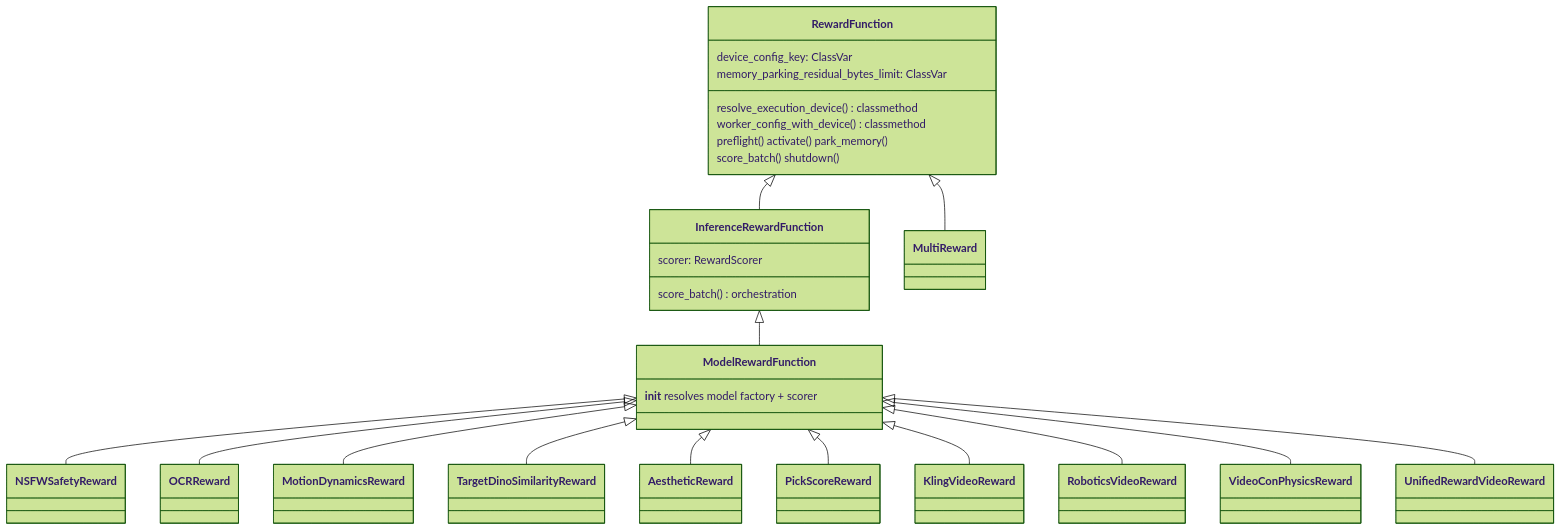
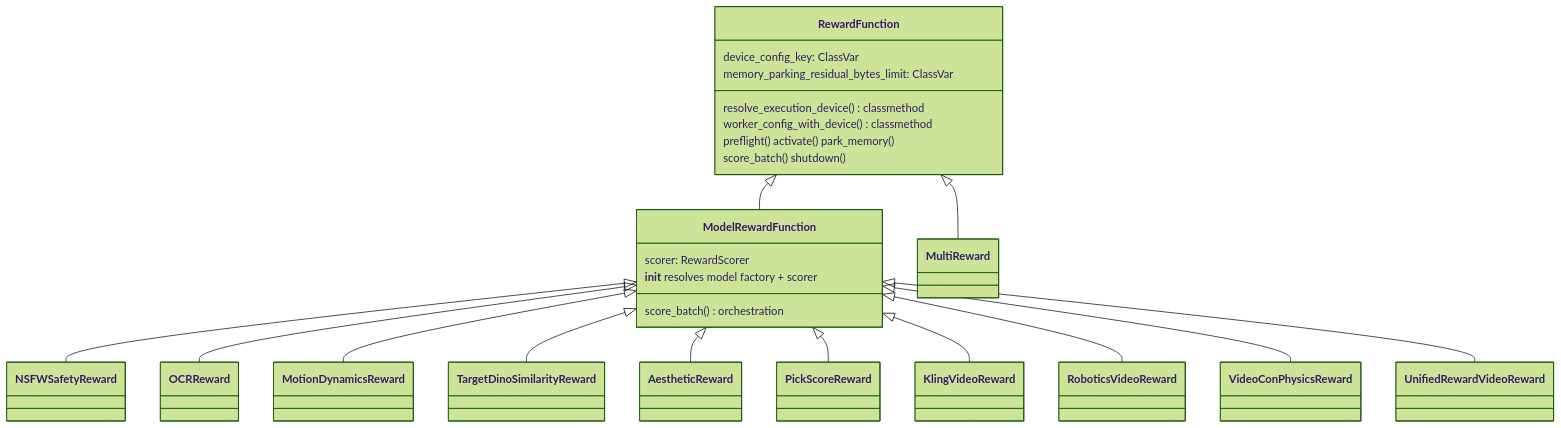
Before and after one commit to guoriyue/VRL: the third of 3 diagrams in docs/ENGINE_ARCHITECTURE.md, drawn with Mermaid (forest theme). The commit also changed other lines of this file and 5 other files, not shown here.

First line of the commit message:
rewards: ModelRewardFunction owns the scoring seam itself

````diff
--- a/docs/ENGINE_ARCHITECTURE.md
+++ b/docs/ENGINE_ARCHITECTURE.md
@@ -208,31 +208,28 @@
 ```mermaid
 classDiagram
     class RewardFunction {
         device_config_key: ClassVar
         memory_parking_residual_bytes_limit: ClassVar
         resolve_execution_device() classmethod
         worker_config_with_device() classmethod
         preflight() activate() park_memory()
         score_batch() shutdown()
     }
-    class InferenceRewardFunction {
+    class ModelRewardFunction {
         scorer: RewardScorer
+        __init__ resolves model factory + scorer
         score_batch() orchestration
     }
-    class ModelRewardFunction {
-        __init__ resolves model factory + scorer
-    }
-    RewardFunction <|-- InferenceRewardFunction
-    InferenceRewardFunction <|-- ModelRewardFunction
+    RewardFunction <|-- ModelRewardFunction
     RewardFunction <|-- MultiReward
     ModelRewardFunction <|-- NSFWSafetyReward
     ModelRewardFunction <|-- OCRReward
     ModelRewardFunction <|-- MotionDynamicsReward
     ModelRewardFunction <|-- TargetDinoSimilarityReward
     ModelRewardFunction <|-- AestheticReward
     ModelRewardFunction <|-- PickScoreReward
     ModelRewardFunction <|-- KlingVideoReward
     ModelRewardFunction <|-- RoboticsVideoReward
     ModelRewardFunction <|-- VideoConPhysicsReward
     ModelRewardFunction <|-- UnifiedRewardVideoReward
 ```
````
